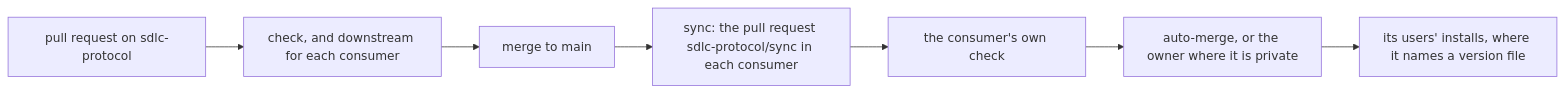
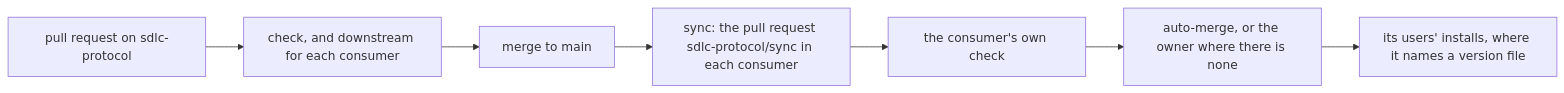
Before and after one commit to OpenSpineConsortium/sdlc-protocol: the second of 2 diagrams in ECOSYSTEM.md, drawn with Mermaid. The commit also changed other lines of this file and 13 other files, not shown here.

````diff
--- a/ECOSYSTEM.md
+++ b/ECOSYSTEM.md
@@ -105,9 +105,9 @@
 ```mermaid
 flowchart LR
   pr["pull request on sdlc-protocol"] --> checks["check, and downstream for each consumer"]
   checks --> merge["merge to main"]
   merge --> pulls["sync: the pull request sdlc-protocol/sync in each consumer"]
   pulls --> theirs["the consumer's own check"]
-  theirs --> lands["auto-merge, or the owner where it is private"]
+  theirs --> lands["auto-merge, or the owner where there is none"]
   lands --> users["its users' installs, where it names a version file"]
 ```
````
